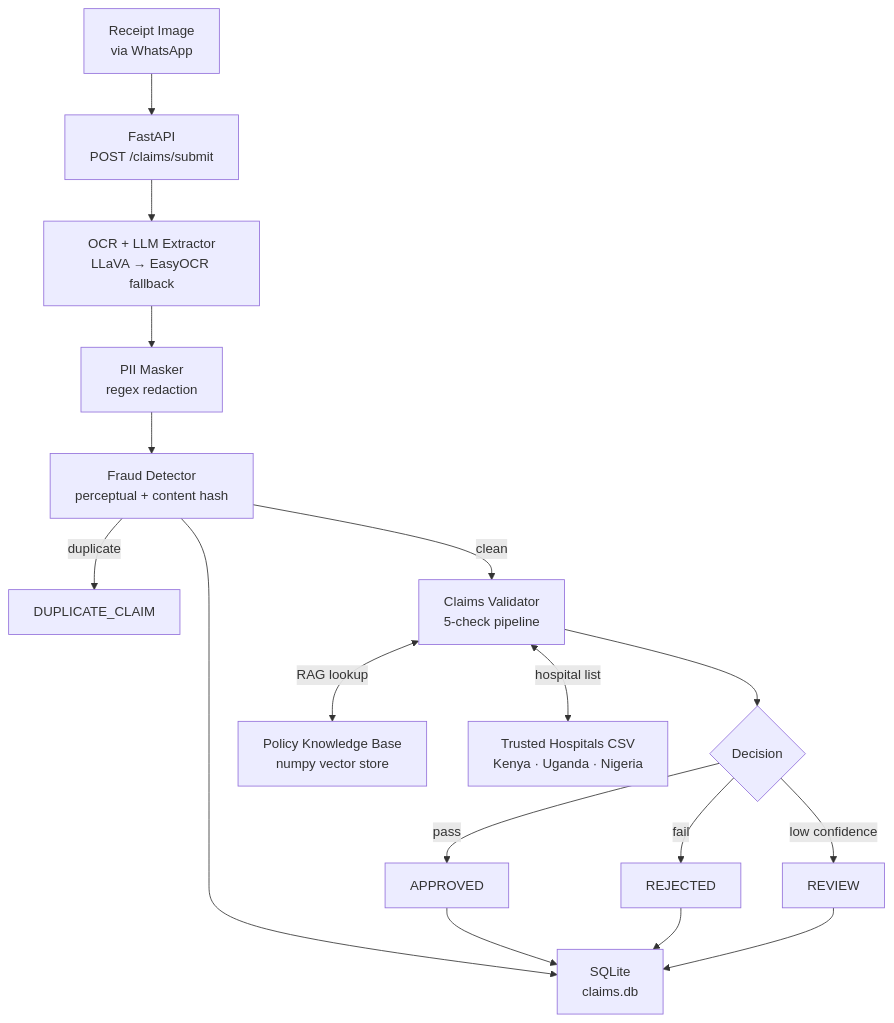
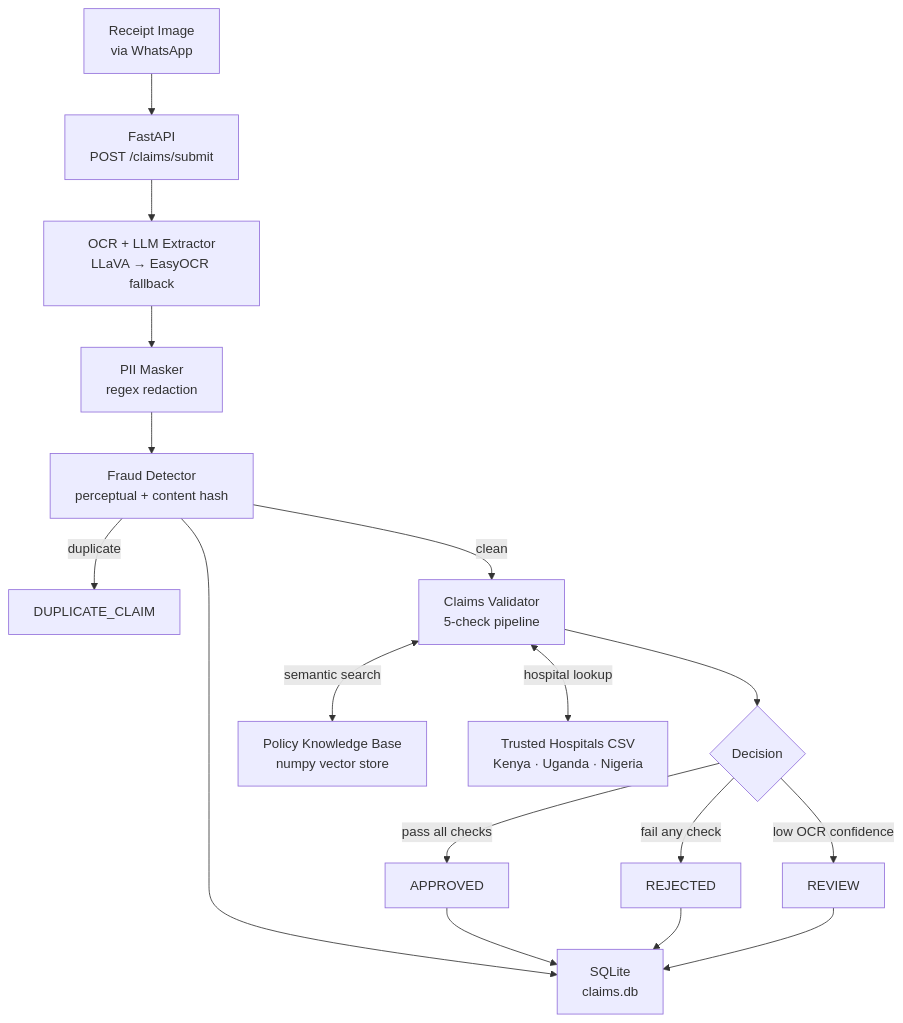
Before and after one commit to pollycarp/TuracoFlow: the diagram in README.md, drawn with Mermaid. The commit also changed other lines of this file and 2 other files, not shown here.

````diff
--- a/README.md
+++ b/README.md
@@ -11,17 +51,17 @@
 ```mermaid
 flowchart TD
     A[Receipt Image\nvia WhatsApp] --> B[FastAPI\nPOST /claims/submit]
     B --> C[OCR + LLM Extractor\nLLaVA → EasyOCR fallback]
     C --> D[PII Masker\nregex redaction]
     D --> E[Fraud Detector\nperceptual + content hash]
     E -->|duplicate| F[DUPLICATE_CLAIM]
     E -->|clean| G[Claims Validator\n5-check pipeline]
     G --> H{Decision}
-    H -->|pass| I[APPROVED]
-    H -->|fail| J[REJECTED]
-    H -->|low confidence| K[REVIEW]
-    G <-->|RAG lookup| L[Policy Knowledge Base\nnumpy vector store]
-    G <-->|hospital list| M[Trusted Hospitals CSV\nKenya · Uganda · Nigeria]
+    H -->|pass all checks| I[APPROVED]
+    H -->|fail any check| J[REJECTED]
+    H -->|low OCR confidence| K[REVIEW]
+    G <-->|semantic search| L[Policy Knowledge Base\nnumpy vector store]
+    G <-->|hospital lookup| M[Trusted Hospitals CSV\nKenya · Uganda · Nigeria]
     E --> N[SQLite\nclaims.db]
     I & J & K --> N
 ```
````
